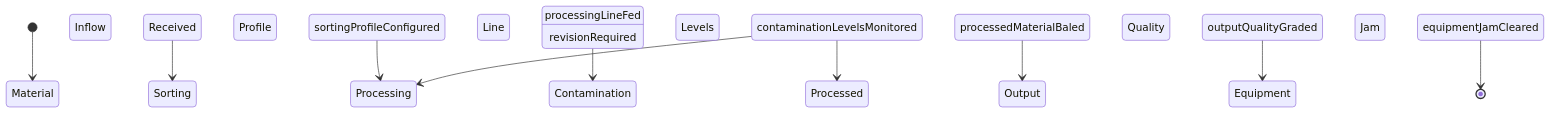
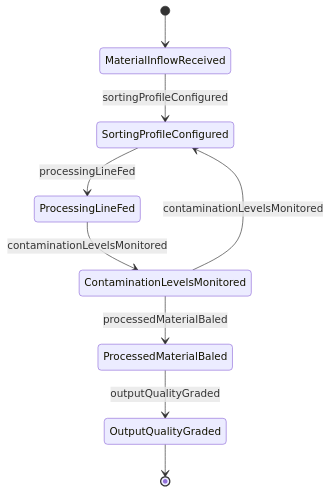
One commit to dot-org-ai/tasks.org.ai changed the second of 4 diagrams in ControllingMachinesAndProcesses/OperateIndustrialProcessingOrProductionEquipment/OperateRecyclingEquipment.mdx. Above: the diagram before and after it, drawn with Mermaid. The commit also changed other lines of this file and 515 other files, not shown here.

````diff
--- a/ControllingMachinesAndProcesses/OperateIndustrialProcessingOrProductionEquipment/OperateRecyclingEquipment.mdx
+++ b/ControllingMachinesAndProcesses/OperateIndustrialProcessingOrProductionEquipment/OperateRecyclingEquipment.mdx
@@ -99,12 +99,11 @@
 ```mermaid
 stateDiagram-v2
-    [*] --> Material Inflow Received
-    Material Inflow Received --> Sorting Profile Configured : sortingProfileConfigured
-    Sorting Profile Configured --> Processing Line Fed : processingLineFed
-    Processing Line Fed --> Contamination Levels Monitored : contaminationLevelsMonitored
-    Contamination Levels Monitored --> Processed Material Baled : processedMaterialBaled
-    Processed Material Baled --> Output Quality Graded : outputQualityGraded
-    Output Quality Graded --> Equipment Jam Cleared : equipmentJamCleared
-    Contamination Levels Monitored --> Processing Line Fed : revisionRequired
-    Equipment Jam Cleared --> [*]
+    [*] --> MaterialInflowReceived
+    MaterialInflowReceived --> SortingProfileConfigured : sortingProfileConfigured
+    SortingProfileConfigured --> ProcessingLineFed : processingLineFed
+    ProcessingLineFed --> ContaminationLevelsMonitored : contaminationLevelsMonitored
+    ContaminationLevelsMonitored --> ProcessedMaterialBaled : processedMaterialBaled
+    ProcessedMaterialBaled --> OutputQualityGraded : outputQualityGraded
+    ContaminationLevelsMonitored --> SortingProfileConfigured : contaminationLevelsMonitored
+    OutputQualityGraded --> [*]
 ```
````
